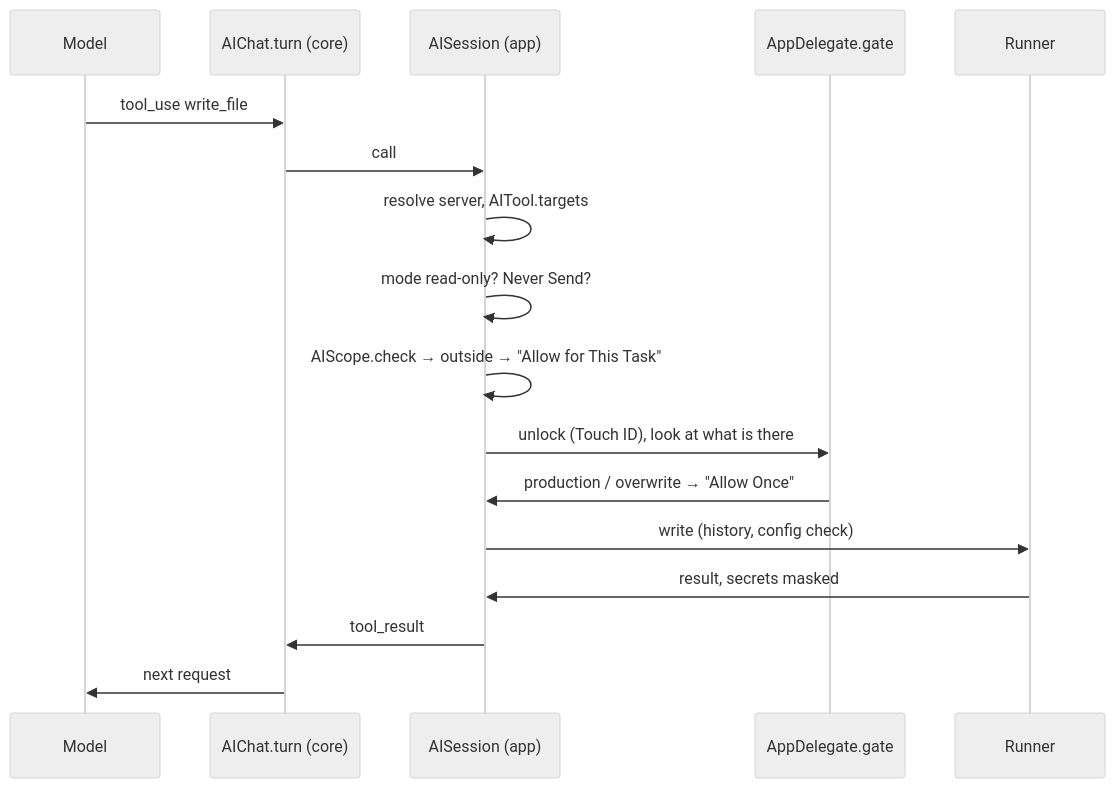
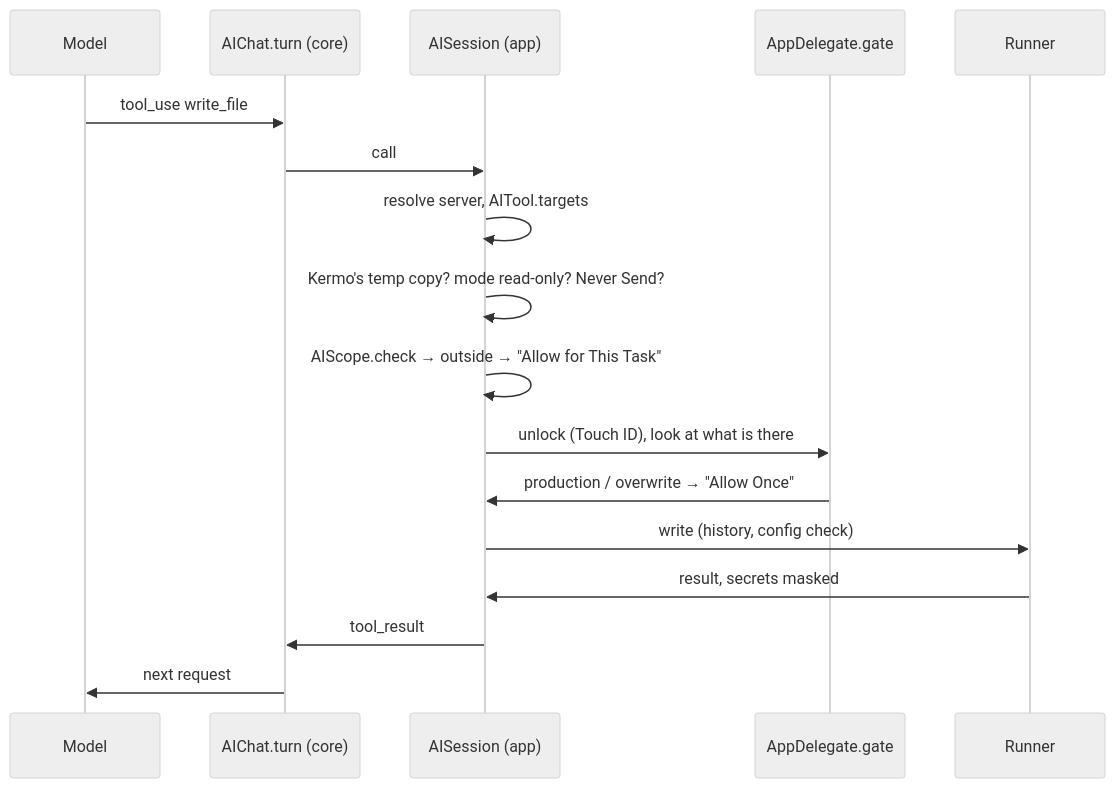
The third of 3 diagrams in ARCHITECTURE.md (paliydmn/kermo), drawn with Mermaid (neutral theme) before and after one commit. The commit also changed other lines of this file, not shown here.

Commit message:
ARCHITECTURE.md: the AI's overwrite check and Kermo's temp copies

````diff
--- a/ARCHITECTURE.md
+++ b/ARCHITECTURE.md
@@ -192,19 +192,19 @@
 ```mermaid
 sequenceDiagram
     participant M as Model
     participant L as AIChat.turn (core)
     participant S as AISession (app)
     participant G as AppDelegate.gate
     participant X as Runner
     M->>L: tool_use write_file
     L->>S: call
     S->>S: resolve server, AITool.targets
-    S->>S: mode read-only? Never Send?
+    S->>S: Kermo's temp copy? mode read-only? Never Send?
     S->>S: AIScope.check → outside → "Allow for This Task"
     S->>G: unlock (Touch ID), look at what is there
     G->>S: production / overwrite → "Allow Once"
     S->>X: write (history, config check)
     X->>S: result, secrets masked
     S->>L: tool_result
     L->>M: next request
 ```
````
